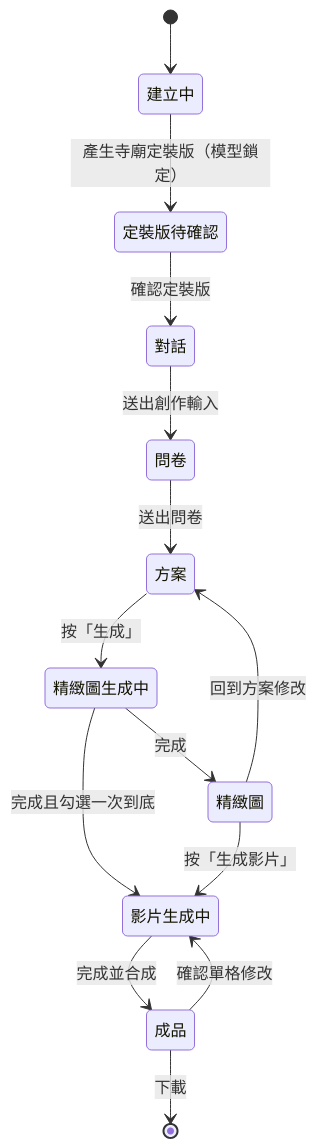
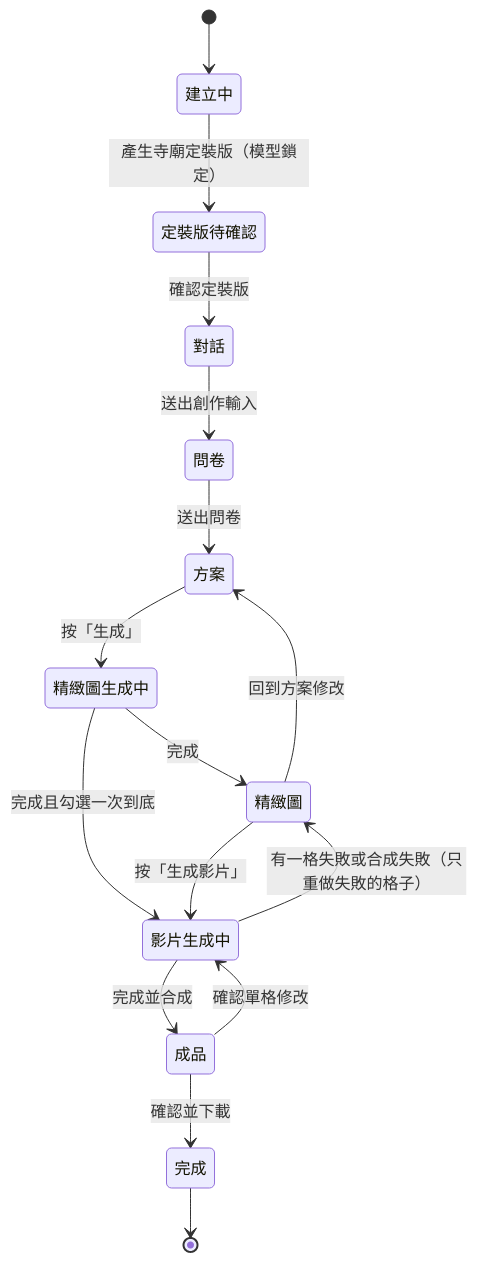
Before and after one commit to Bonki1268/Templeyard-StudioV2: the second of 2 diagrams in docs/03-App-Flow.md, drawn with Mermaid. The commit also changed 5 other files, not shown here.

````diff
--- a/docs/03-App-Flow.md
+++ b/docs/03-App-Flow.md
@@ -45,16 +45,18 @@
 ```mermaid
 stateDiagram-v2
   [*] --> 建立中
   建立中 --> 定裝版待確認: 產生寺廟定裝版（模型鎖定）
   定裝版待確認 --> 對話: 確認定裝版
   對話 --> 問卷: 送出創作輸入
   問卷 --> 方案: 送出問卷
   方案 --> 精緻圖生成中: 按「生成」
   精緻圖生成中 --> 精緻圖: 完成
   精緻圖生成中 --> 影片生成中: 完成且勾選一次到底
   精緻圖 --> 影片生成中: 按「生成影片」
   影片生成中 --> 成品: 完成並合成
+  影片生成中 --> 精緻圖: 有一格失敗或合成失敗（只重做失敗的格子）
   精緻圖 --> 方案: 回到方案修改
   成品 --> 影片生成中: 確認單格修改
-  成品 --> [*]: 下載
+  成品 --> 完成: 確認並下載
+  完成 --> [*]
 ```
````
